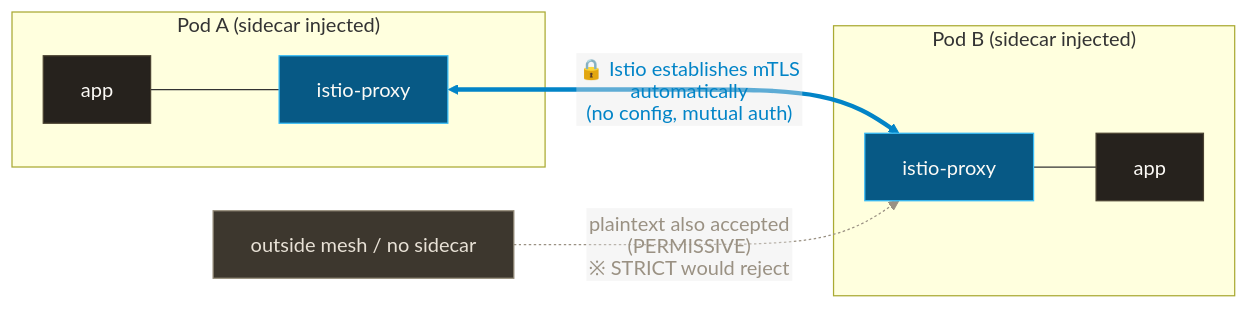
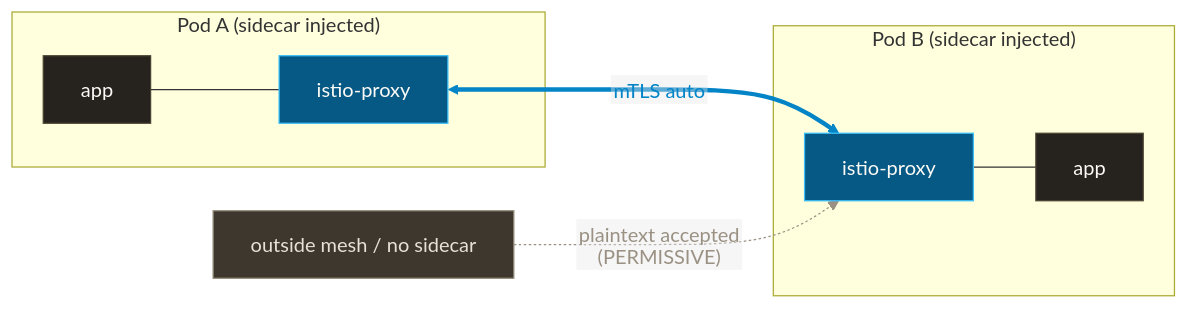
Before and after one commit to yu-min3/kensan-lab: the third of 3 diagrams in kubernetes/network/README.md, drawn with Mermaid. The commit also changed other lines of this file and 1 other file, not shown here.

Commit message:
docs: Mermaidの矢印ラベルを読みやすくする

````diff
--- a/kubernetes/network/README.md
+++ b/kubernetes/network/README.md
@@ -86,22 +86,22 @@
 ```mermaid
 %%{init: {"flowchart": {"htmlLabels": false}} }%%
 flowchart LR
     subgraph P1["Pod A (sidecar injected)"]
         App1[app] --- SC1[istio-proxy]
     end
     subgraph P2["Pod B (sidecar injected)"]
         SC2[istio-proxy] --- App2[app]
     end
     Out["outside mesh / no sidecar"]
 
-    SC1 <==>|"🔒 Istio establishes mTLS automatically<br/>(no config, mutual auth)"| SC2
-    Out -.->|"plaintext also accepted (PERMISSIVE)<br/>※ STRICT would reject"| SC2
+    SC1 <==>|"mTLS auto"| SC2
+    Out -.->|"plaintext accepted<br/>(PERMISSIVE)"| SC2
 
     classDef default fill:#26221D,stroke:#4A4232,color:#FCFAF6
     classDef proxy fill:#075985,stroke:#38BDF8,color:#FCFAF6
     classDef plain fill:#3D372E,stroke:#948B79,color:#E8E1D6
     class SC1,SC2 proxy
     class Out plain
     linkStyle 2 stroke:#0284C7,color:#0284C7
     linkStyle 3 stroke:#9A9183,color:#9A9183
 ```
````
